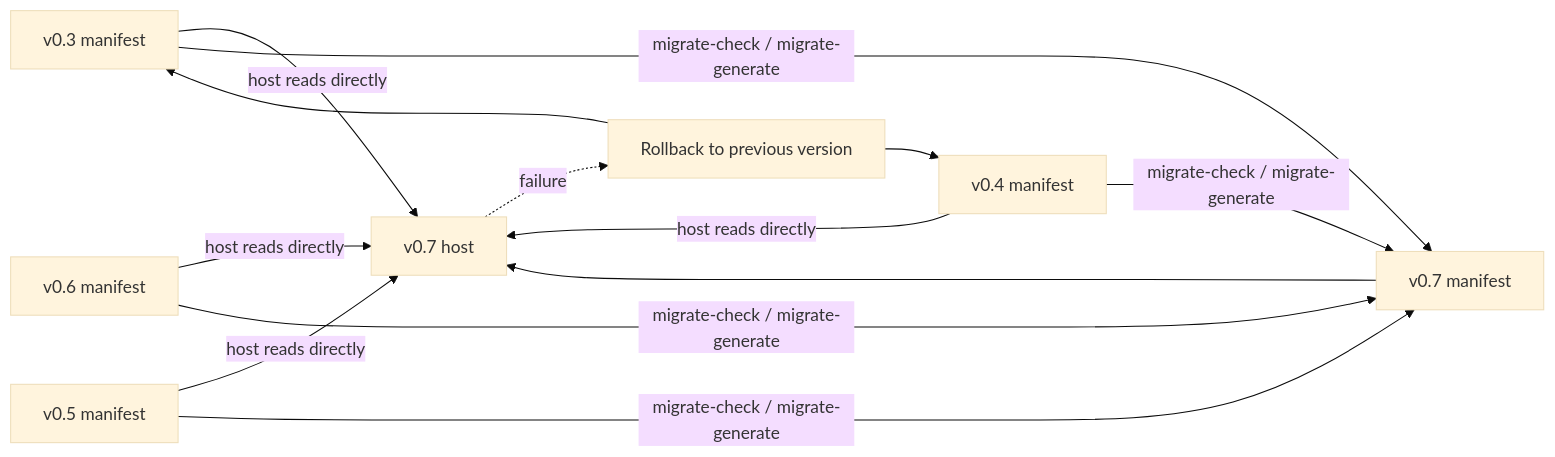
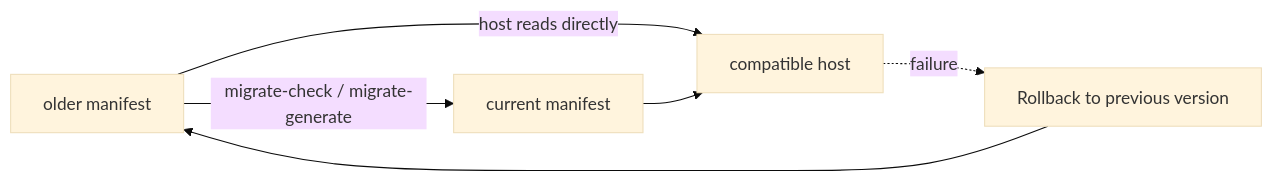
Before and after one commit to limecloud/agentapp: diagram 12 of 12 in docs/en/architecture.md, drawn with Mermaid (base theme). The commit also changed other lines of this file and 86 other files, not shown here.

````diff
--- a/docs/en/architecture.md
+++ b/docs/en/architecture.md
@@ -390,15 +389,8 @@
 ```mermaid
 flowchart LR
-  v03[v0.3 manifest] -->|host reads directly| v07Host[v0.7 host]
-  v04[v0.4 manifest] -->|host reads directly| v07Host
-  v06[v0.6 manifest] -->|host reads directly| v07Host
-  v05[v0.5 manifest] -->|host reads directly| v07Host
-  v03 -->|migrate-check / migrate-generate| v07[v0.7 manifest]
-  v04 -->|migrate-check / migrate-generate| v07
-  v06 -->|migrate-check / migrate-generate| v07
-  v05 -->|migrate-check / migrate-generate| v07
-  v07 --> v07Host
-  v07Host -. failure .-> Rollback[Rollback to previous version]
-  Rollback --> v04
-  Rollback --> v03
+  oldManifest[older manifest] -->|host reads directly| currentHost[compatible host]
+  oldManifest -->|migrate-check / migrate-generate| currentManifest[current manifest]
+  currentManifest --> currentHost
+  currentHost -. failure .-> Rollback[Rollback to previous version]
+  Rollback --> oldManifest
 ```
````
